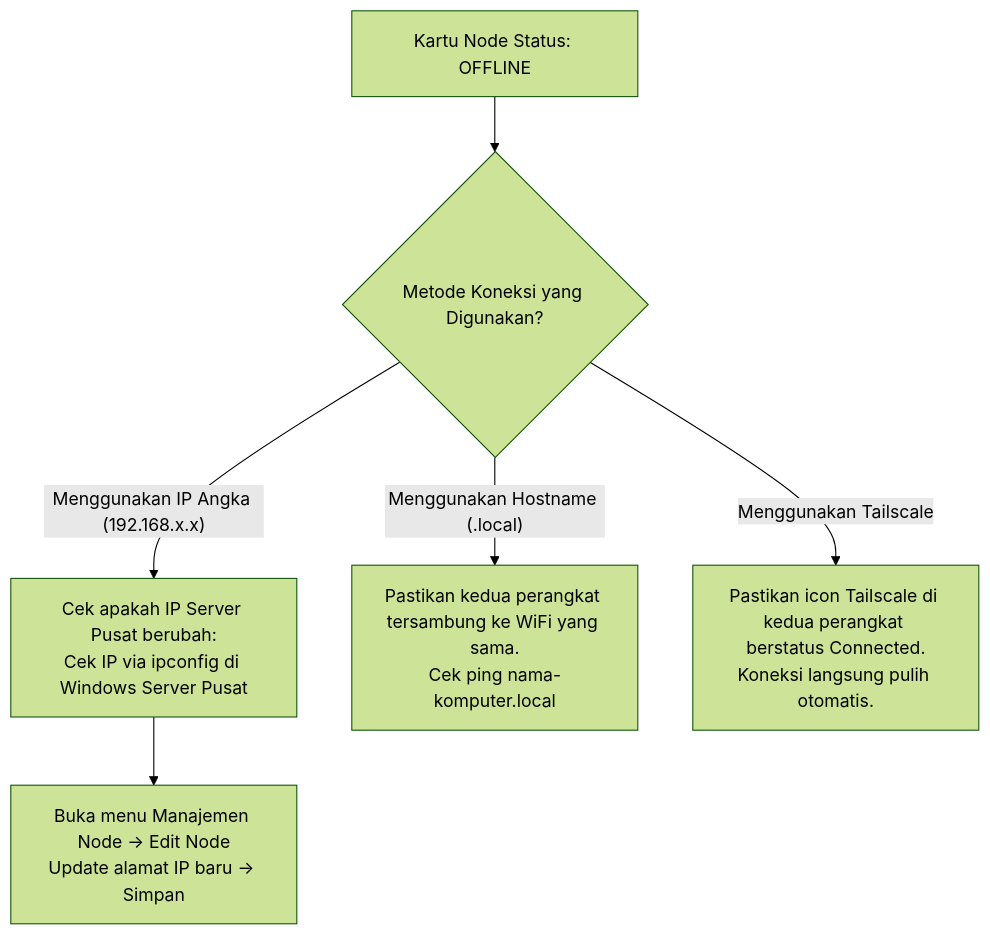
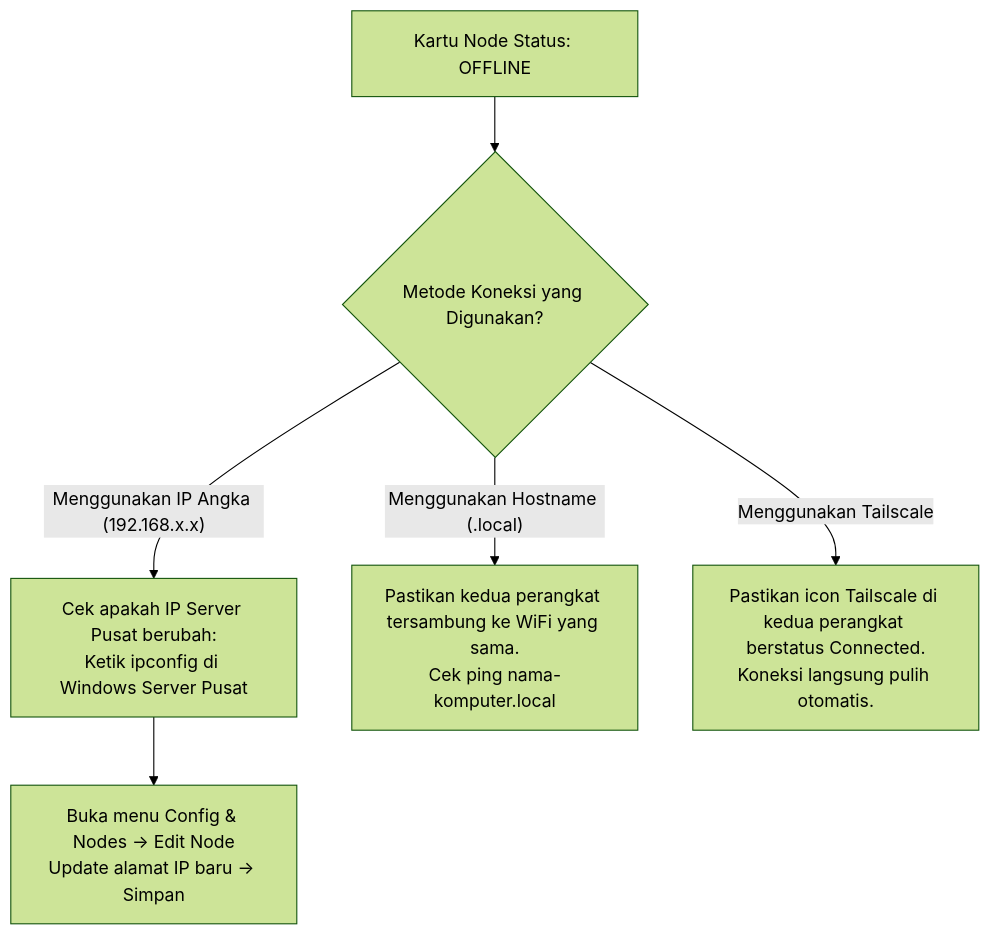
The diagram in PANDUAN_SETUP_NODE_DAN_RESOLUSI_IP.md (rafiosadani/agrosync-hub), drawn with Mermaid (forest theme) before and after one commit. The commit also changed other lines of this file and 8 other files, not shown here.

````diff
--- a/PANDUAN_SETUP_NODE_DAN_RESOLUSI_IP.md
+++ b/PANDUAN_SETUP_NODE_DAN_RESOLUSI_IP.md
@@ -169,11 +228,11 @@
 ```mermaid
 flowchart TD
     A["Kartu Node Status: OFFLINE"] --> B{"Metode Koneksi yang Digunakan?"}
     
-    B -->|"Menggunakan IP Angka (192.168.x.x)"| C["Cek apakah IP Server Pusat berubah:<br/>Cek IP via ipconfig di Windows Server Pusat"]
-    C --> D["Buka menu Manajemen Node -> Edit Node<br/>Update alamat IP baru -> Simpan"]
+    B -->|"Menggunakan IP Angka (192.168.x.x)"| C["Cek apakah IP Server Pusat berubah:<br/>Ketik ipconfig di Windows Server Pusat"]
+    C --> D["Buka menu Config & Nodes -> Edit Node<br/>Update alamat IP baru -> Simpan"]
     
     B -->|"Menggunakan Hostname (.local)"| E["Pastikan kedua perangkat tersambung ke WiFi yang sama.<br/>Cek ping nama-komputer.local"]
     
     B -->|"Menggunakan Tailscale"| F["Pastikan icon Tailscale di kedua perangkat berstatus Connected.<br/>Koneksi langsung pulih otomatis."]
 ```
````
